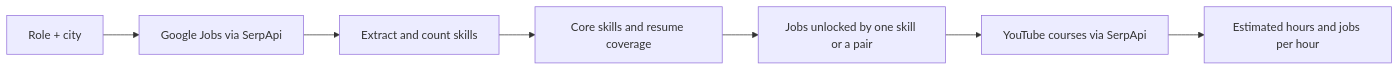
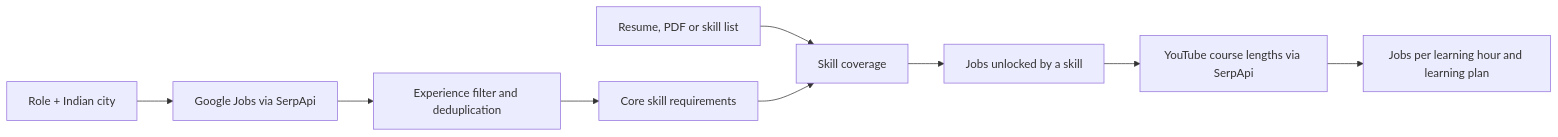
The diagram in README.md (Anand-240/NextSkill), drawn with Mermaid before and after one commit. The commit also changed other lines of this file, not shown here.

````diff
--- a/README.md
+++ b/README.md
@@ -13,9 +40,11 @@
 ```mermaid
 flowchart LR
-    A[Role + city] --> B[Google Jobs via SerpApi]
-    B --> C[Extract and count skills]
-    C --> D[Core skills and resume coverage]
-    D --> E[Jobs unlocked by one skill or a pair]
-    E --> F[YouTube courses via SerpApi]
-    F --> G[Estimated hours and jobs per hour]
+    A[Role + Indian city] --> B[Google Jobs via SerpApi]
+    B --> C[Experience filter and deduplication]
+    C --> D[Core skill requirements]
+    E[Resume, PDF or skill list] --> F[Skill coverage]
+    D --> F
+    F --> G[Jobs unlocked by a skill]
+    G --> H[YouTube course lengths via SerpApi]
+    H --> I[Jobs per learning hour and learning plan]
 ```
````
